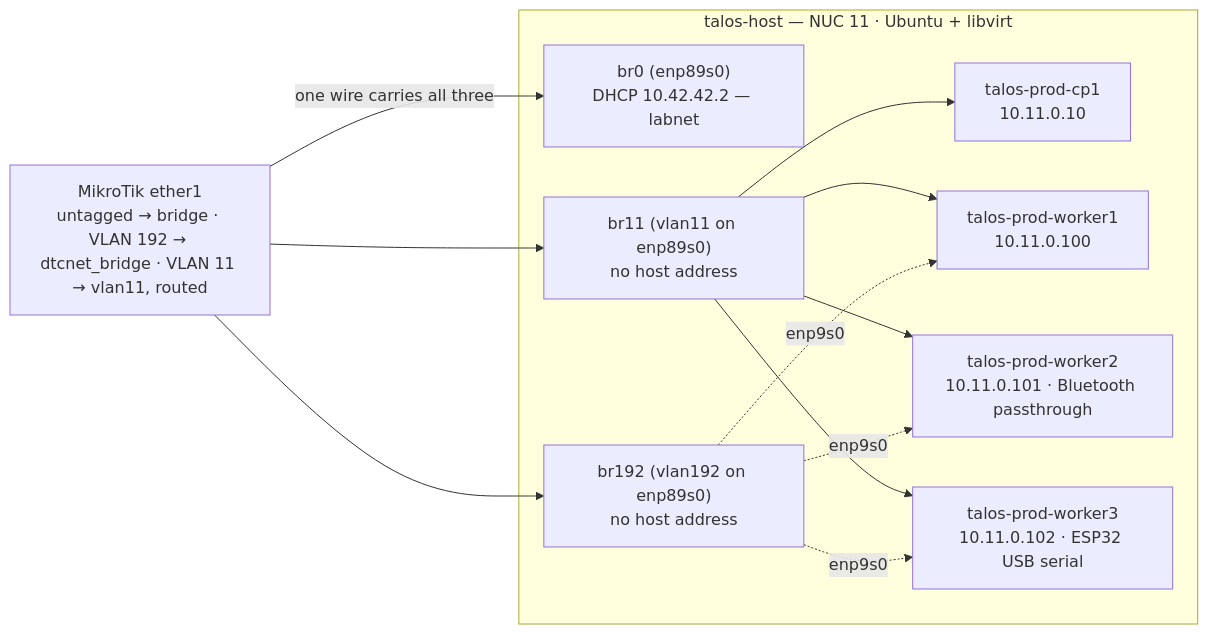
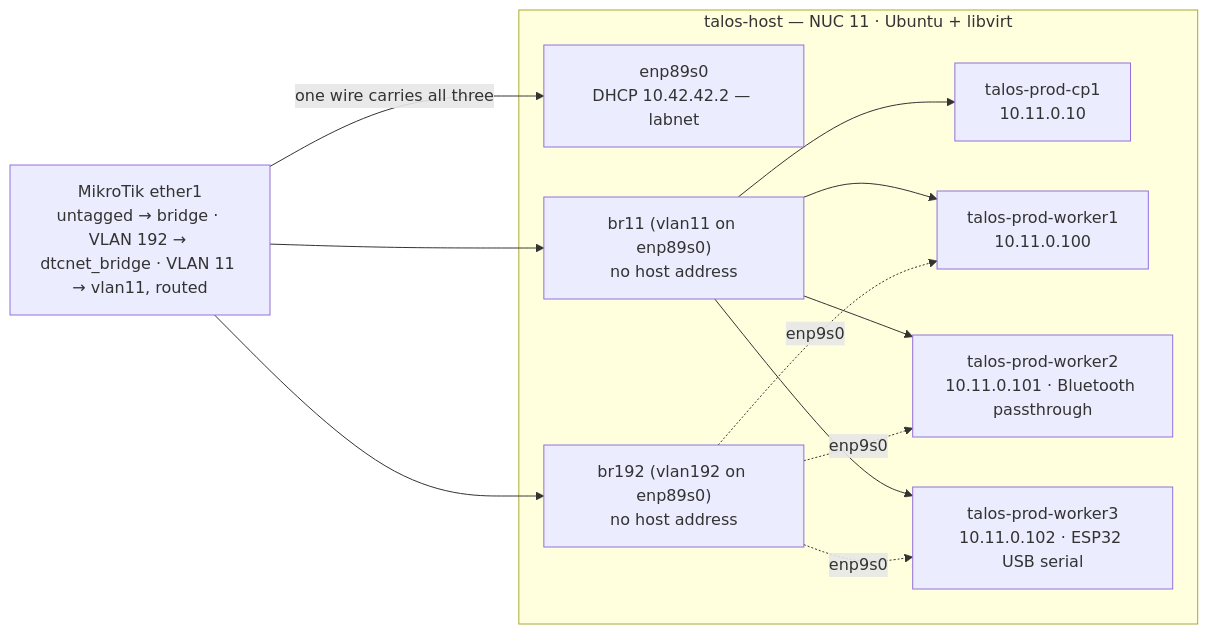
One commit to dancavallaro/homelab changed the second of 4 diagrams in docs/network.md. Above: the diagram before and after it, drawn with Mermaid. The commit also changed other lines of this file and 2 other files, not shown here.

Commit message:
Put talos-host's labnet address back on enp89s0

````diff
--- a/docs/network.md
+++ b/docs/network.md
@@ -128,25 +127,25 @@
 ```mermaid
 flowchart LR
     e1["MikroTik ether1<br>untagged → bridge · VLAN 192 → dtcnet_bridge · VLAN 11 → vlan11, routed"]
 
     subgraph th["talos-host — NUC 11 · Ubuntu + libvirt"]
-        br0["br0 (enp89s0)<br>DHCP 10.42.42.2 — labnet"]
+        nic["enp89s0<br>DHCP 10.42.42.2 — labnet"]
         br11["br11 (vlan11 on enp89s0)<br>no host address"]
         br192["br192 (vlan192 on enp89s0)<br>no host address"]
         cp1["talos-prod-cp1<br>10.11.0.10"]
         w1["talos-prod-worker1<br>10.11.0.100"]
         w2["talos-prod-worker2<br>10.11.0.101 · Bluetooth passthrough"]
         w3["talos-prod-worker3<br>10.11.0.102 · ESP32 USB serial"]
     end
 
-    e1 -->|"one wire carries all three"| br0
+    e1 -->|"one wire carries all three"| nic
     e1 --> br11
     br11 --> cp1
     br11 --> w1
     br11 --> w2
     br11 --> w3
     e1 --> br192
     br192 -.->|enp9s0| w1
     br192 -.->|enp9s0| w2
     br192 -.->|enp9s0| w3
 ```
````
